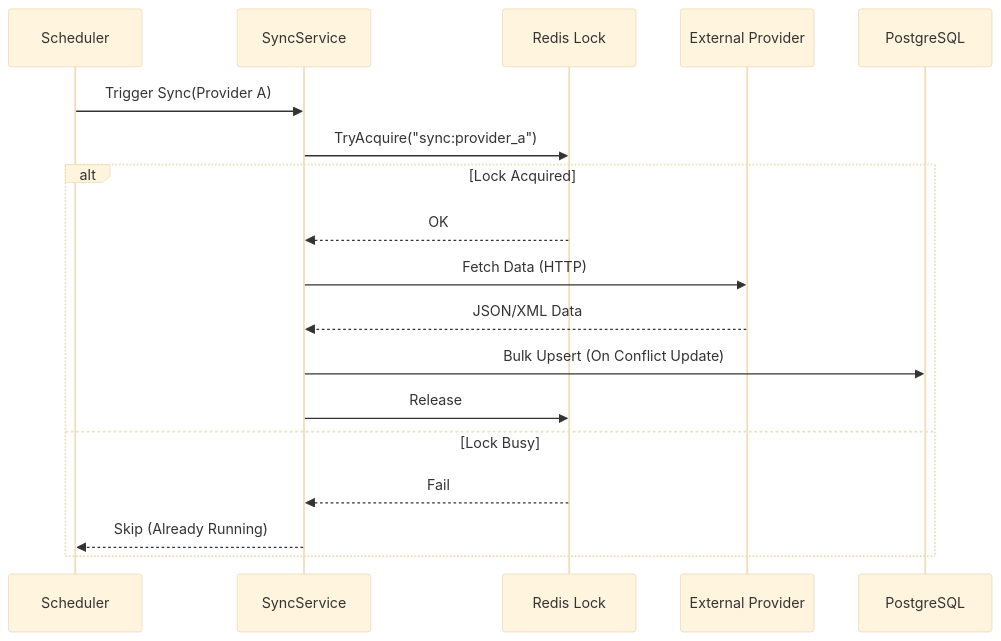
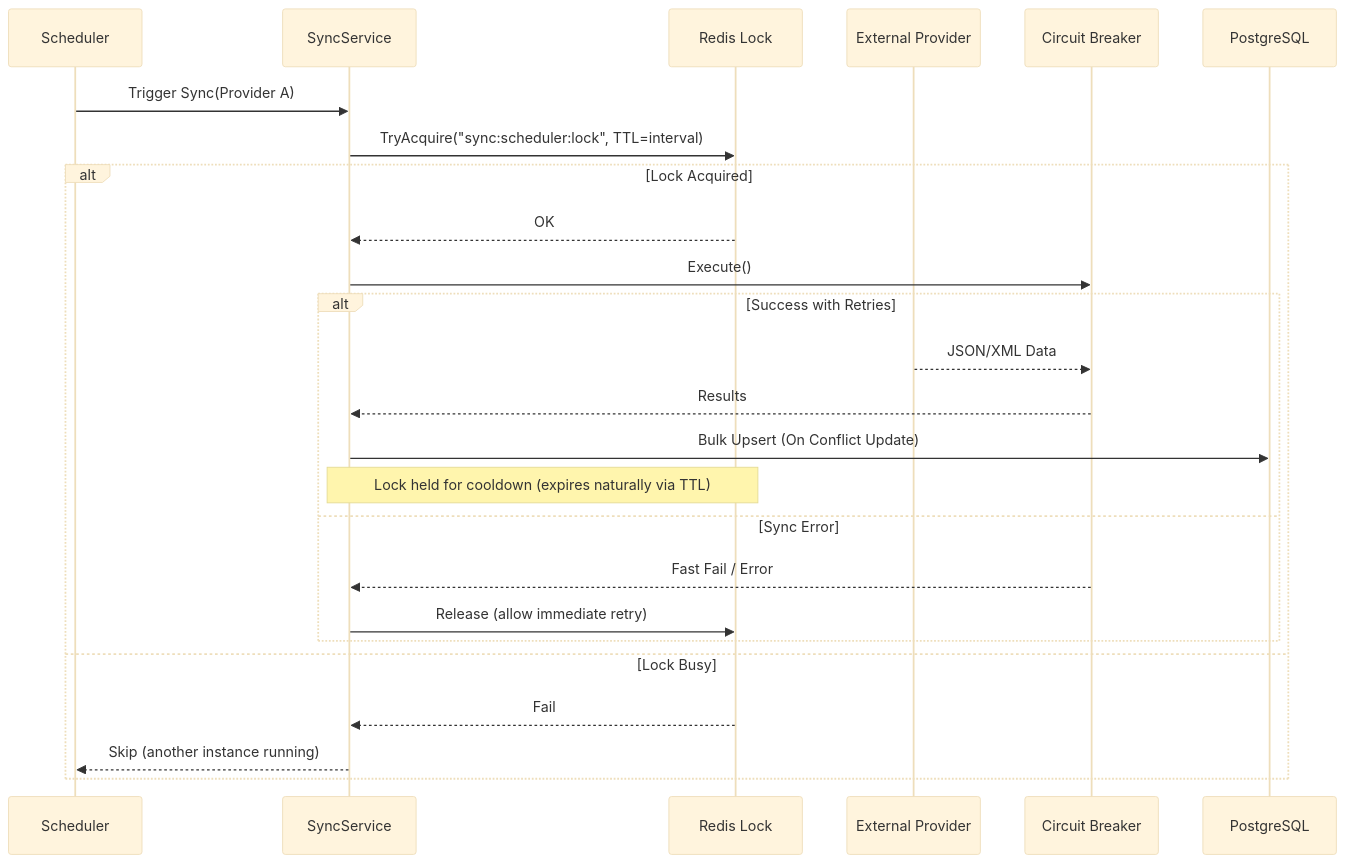
One commit to knsrky/search-engine-service changed the fourth of 4 diagrams in docs/ARCHITECTURE.md. Above: the diagram before and after it, drawn with Mermaid (base theme). The commit also changed other lines of this file, not shown here.

Commit message:
expand architecture documentation; add component layers, request flow, data sync flow, scoring formula breakdown, ranking algorithm details, caching strategy, distributed locking, circuit breaker, retry mechanism, and optimization steps

````diff
--- a/docs/ARCHITECTURE.md
+++ b/docs/ARCHITECTURE.md
@@ -116,21 +99,30 @@
 ```mermaid
 sequenceDiagram
-    participant Scheduler
-    participant SyncService
-    participant Lock as Redis Lock
-    participant Provider as External Provider
-    participant DB as PostgreSQL
+participant Scheduler
+participant SyncService
+participant Lock as Redis Lock
+participant Provider as External Provider
+participant CB as Circuit Breaker
+participant DB as PostgreSQL
 
-    Scheduler->>SyncService: Trigger Sync(Provider A)
-    SyncService->>Lock: TryAcquire("sync:provider_a")
-    alt Lock Acquired
-        Lock-->>SyncService: OK
-        SyncService->>Provider: Fetch Data (HTTP)
-        Provider-->>SyncService: JSON/XML Data
-        SyncService->>DB: Bulk Upsert (On Conflict Update)
-        SyncService->>Lock: Release
-    else Lock Busy
-        Lock-->>SyncService: Fail
-        SyncService-->>Scheduler: Skip (Already Running)
+Scheduler ->> SyncService: Trigger Sync(Provider A)
+SyncService ->> Lock: TryAcquire("sync:scheduler:lock", TTL=interval)
+
+alt Lock Acquired
+    Lock -->> SyncService: OK
+    SyncService ->> CB: Execute()
+
+    alt Success with Retries
+        Provider -->> CB: JSON/XML Data
+        CB -->> SyncService: Results
+        SyncService ->> DB: Bulk Upsert (On Conflict Update)
+        Note over SyncService,Lock: Lock held for cooldown (expires naturally via TTL)
+    else Sync Error
+        CB -->> SyncService: Fast Fail / Error
+        SyncService ->> Lock: Release (allow immediate retry)
     end
+else Lock Busy
+    Lock -->> SyncService: Fail
+    SyncService -->> Scheduler: Skip (another instance running)
+end
 ```
````
